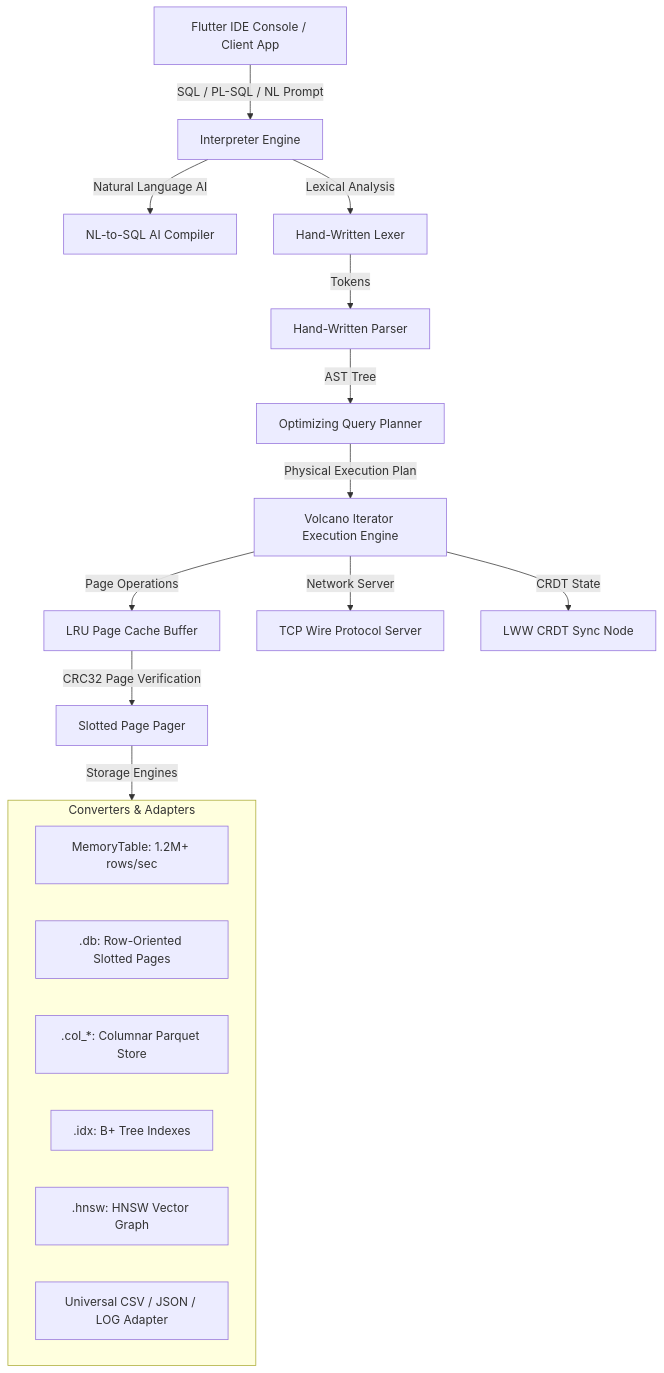
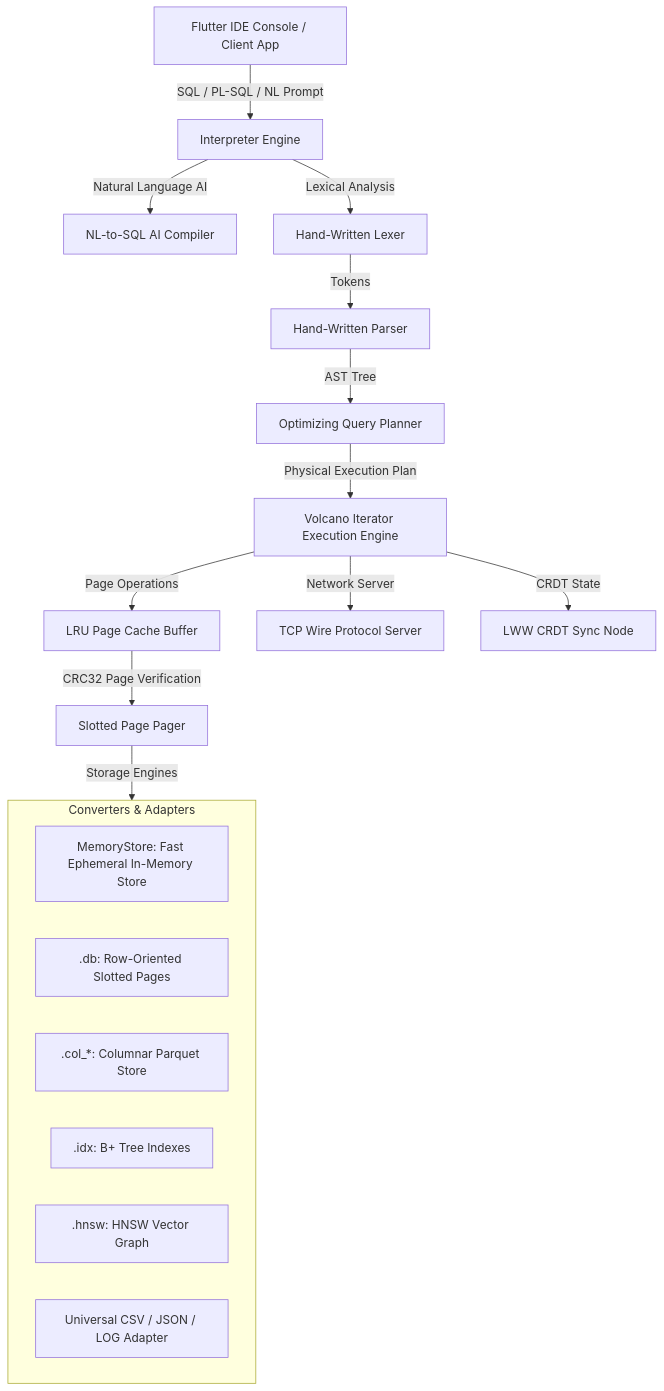
The second of 2 diagrams in README.md (ompatel3158/ULTSQL), drawn with Mermaid before and after one commit. The commit also changed other lines of this file and 31 other files, not shown here.

````diff
--- a/README.md
+++ b/README.md
@@ -176,25 +182,25 @@
 ```mermaid
 graph TD
     UI[Flutter IDE Console / Client App] -->|SQL / PL-SQL / NL Prompt| Interpreter[Interpreter Engine]
     Interpreter -->|Natural Language AI| NlEngine[NL-to-SQL AI Compiler]
     Interpreter -->|Lexical Analysis| Lexer[Hand-Written Lexer]
     Lexer -->|Tokens| Parser[Hand-Written Parser]
     Parser -->|AST Tree| QueryPlanner[Optimizing Query Planner]
     QueryPlanner -->|Physical Execution Plan| VolcanoEngine[Volcano Iterator Execution Engine]
     
     VolcanoEngine -->|Page Operations| PageCache[LRU Page Cache Buffer]
     PageCache -->|CRC32 Page Verification| Pager[Slotted Page Pager]
     Pager -->|Storage Engines| StorageAdapters
     
     subgraph StorageAdapters[Converters & Adapters]
-      MemoryStore[MemoryTable: 1.2M+ rows/sec]
+      MemoryStore[MemoryStore: Fast Ephemeral In-Memory Store]
       RowStore[.db: Row-Oriented Slotted Pages]
       ColumnStore[.col_*: Columnar Parquet Store]
       BTreeIndex[.idx: B+ Tree Indexes]
       HnswIndex[.hnsw: HNSW Vector Graph]
       FileAdapter[Universal CSV / JSON / LOG Adapter]
     end
     
     VolcanoEngine -->|Network Server| PgWireServer[TCP Wire Protocol Server]
     VolcanoEngine -->|CRDT State| P2pNode[LWW CRDT Sync Node]
 ```
````
